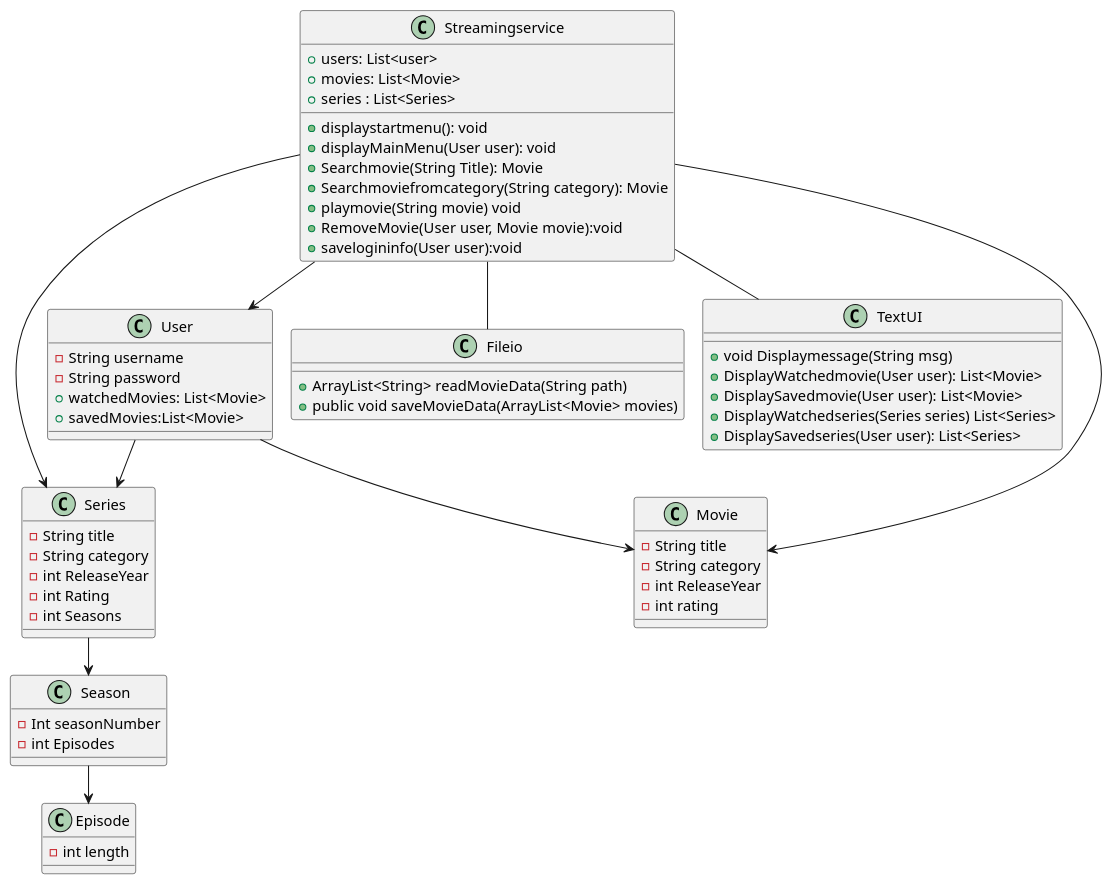
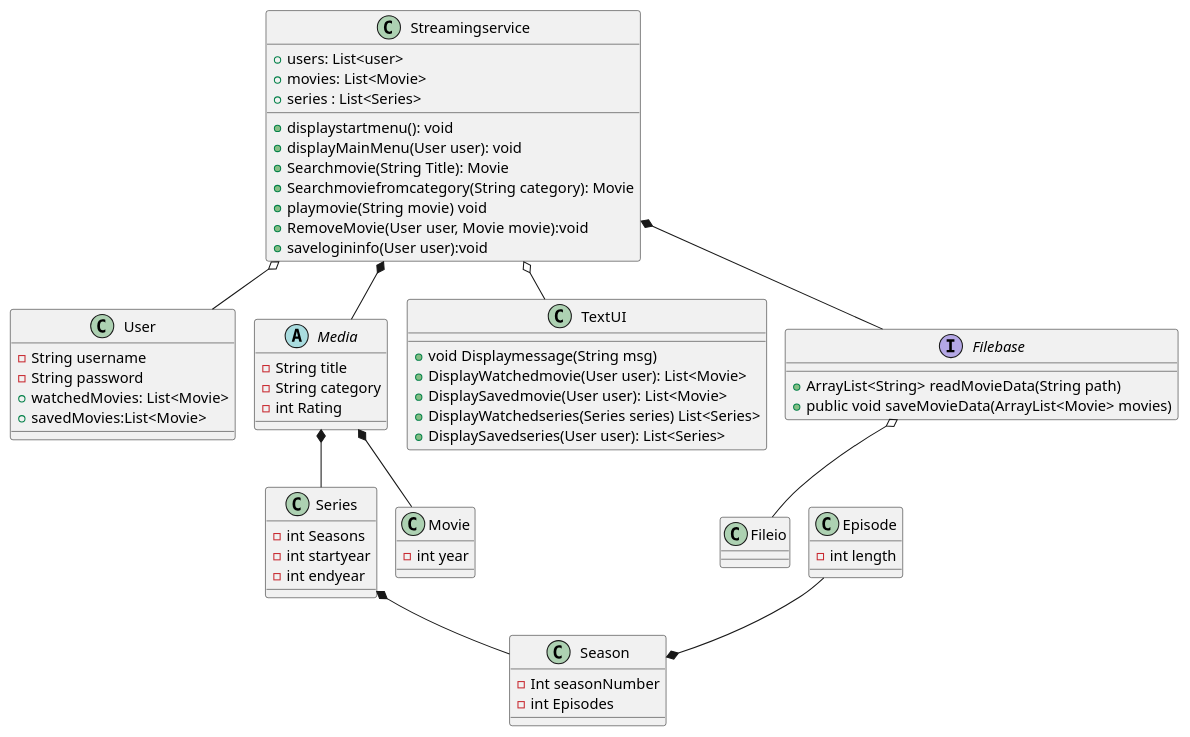
Before and after one commit to moldamolda/SP3---Streaming-Service: the diagram in SP3/src/main/java/org/example/Klassediagram.puml, drawn with PlantUML. The commit also changed other lines of this file, not shown here.

```diff
--- a/SP3/src/main/java/org/example/Klassediagram.puml
+++ b/SP3/src/main/java/org/example/Klassediagram.puml
@@ -1,74 +1,81 @@
 @startuml
 !pragma layout smetana
 
 class Streamingservice {
   +users: List<user>
   + movies: List<Movie>
   + series : List<Series>
   +displaystartmenu(): void
   +displayMainMenu(User user): void
   +Searchmovie(String Title): Movie
   + Searchmoviefromcategory(String category): Movie
   +playmovie(String movie) void
   +RemoveMovie(User user, Movie movie):void
   +savelogininfo(User user):void
 }
 
 class User {
     -String username
     -String password
     +watchedMovies: List<Movie>
     +savedMovies:List<Movie>
 }
 
 class Series {
-    -String title
-    -String category
-    -int ReleaseYear
-    -int Rating
     -int Seasons
+    -int startyear
+    -int endyear
 }
 
 class Season {
     -Int seasonNumber
     -int Episodes
 }
 
 class Episode {
 -int length
 }
 
 
 class Fileio {
-+ArrayList<String> readMovieData(String path)
-+ public void saveMovieData(ArrayList<Movie> movies)
+}
+
+abstract class Media{
+- String title
+- String category
+-int Rating
 }
 
 class TextUI {
 + void Displaymessage(String msg)
 +DisplayWatchedmovie(User user): List<Movie>
  +DisplaySavedmovie(User user): List<Movie>
  +DisplayWatchedseries(Series series) List<Series>
 +DisplaySavedseries(User user): List<Series>
 }
 
 class Movie {
--String title
--String category
--int ReleaseYear
--int rating
+-int year
+}
+
+interface Filebase{
++ArrayList<String> readMovieData(String path)
++ public void saveMovieData(ArrayList<Movie> movies)
 }
 
 
 
-Streamingservice -- Fileio
-Streamingservice -- TextUI
-Streamingservice --> User
-Streamingservice --> Movie
-Streamingservice --> Series
-User --> Series
-User --> Movie
-Series--> Season
-Season --> Episode
+Streamingservice *-- Filebase
+Streamingservice o-- TextUI
+Streamingservice o-- User
+Streamingservice *-- Media
+Filebase o-- Fileio
+Media *-- Series
+Media *-- Movie
+Series *-- Season
+Episode --* Season
+
+
+
 
 @enduml
```
